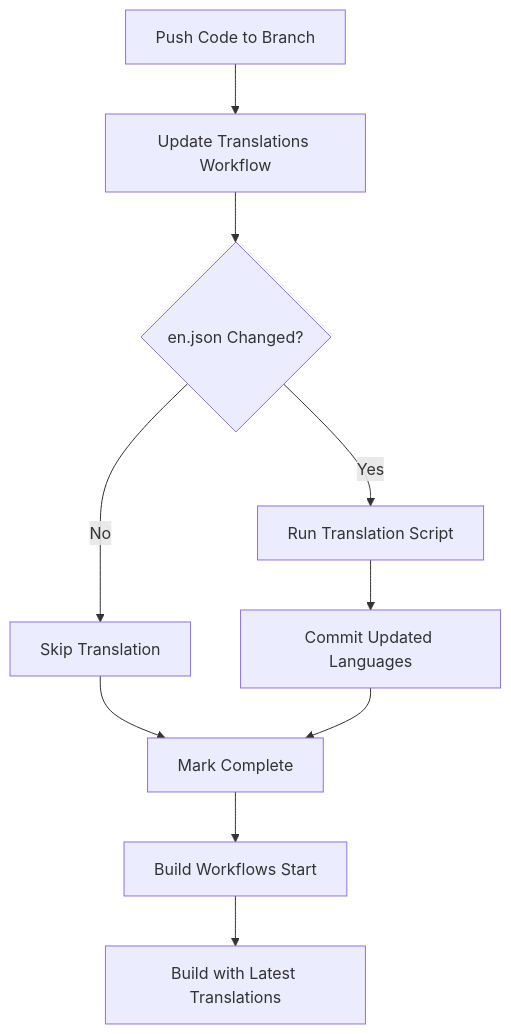
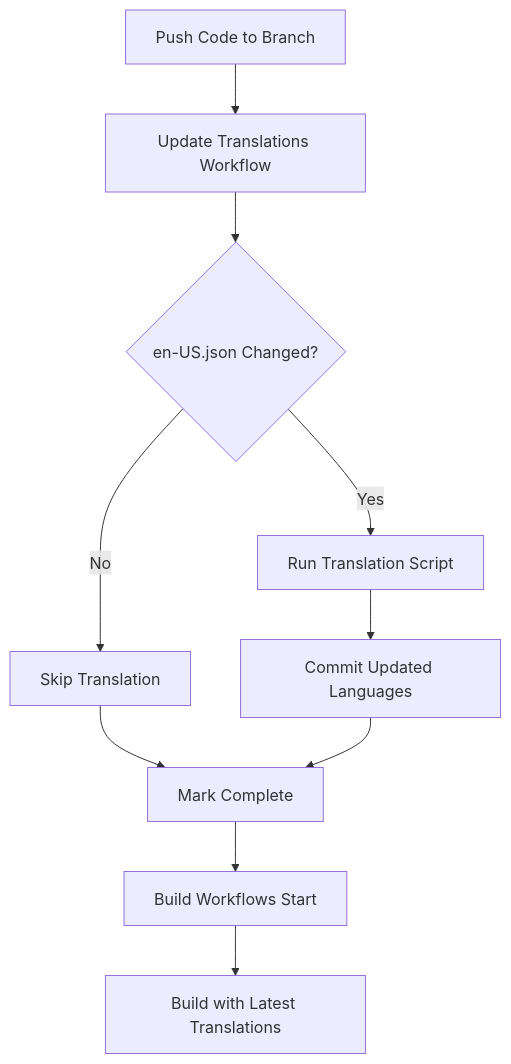
One commit to openobserve/openobserve changed the diagram in scripts/translations/README.md. Above: the diagram before and after it, drawn with Mermaid. The commit also changed other lines of this file and 59 other files, not shown here.

````diff
--- a/scripts/translations/README.md
+++ b/scripts/translations/README.md
@@ -124,12 +124,12 @@
 ```mermaid
 graph TD
     A[Push Code to Branch] --> B[Update Translations Workflow]
-    B --> C{en.json Changed?}
+    B --> C{en-US.json Changed?}
     C -->|Yes| D[Run Translation Script]
     C -->|No| E[Skip Translation]
     D --> F[Commit Updated Languages]
     E --> G[Mark Complete]
     F --> G
     G --> H[Build Workflows Start]
     H --> I[Build with Latest Translations]
 ```
````
